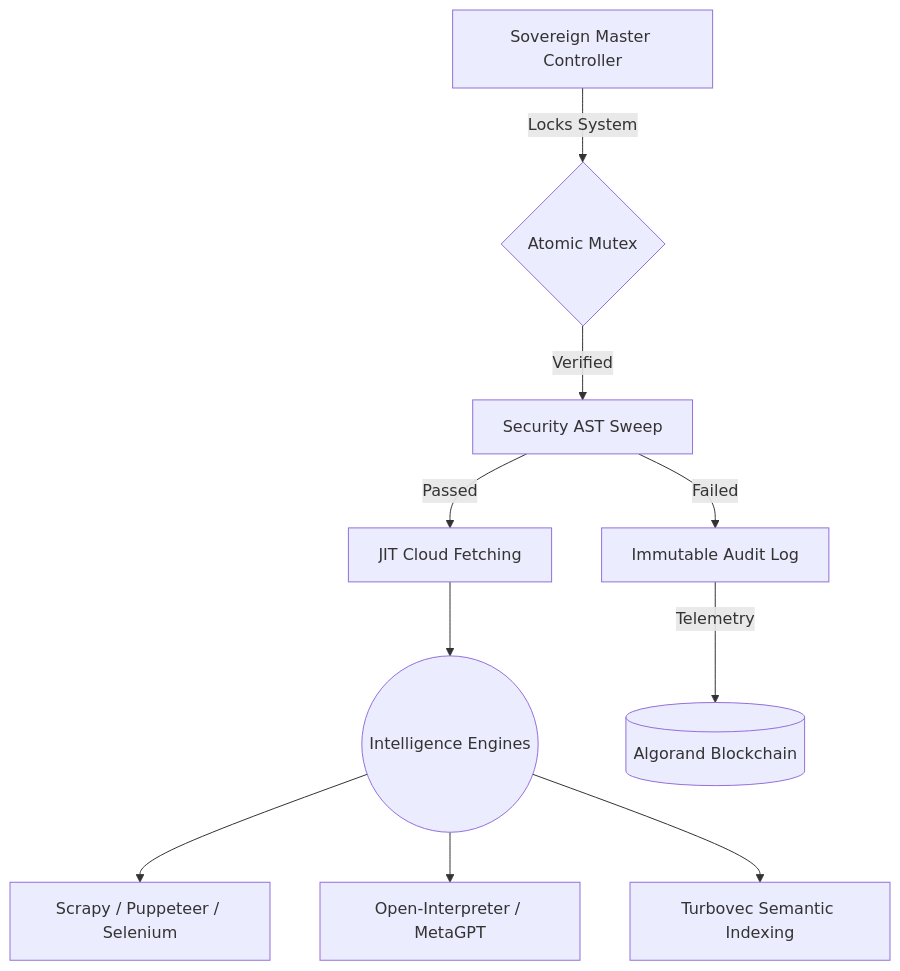
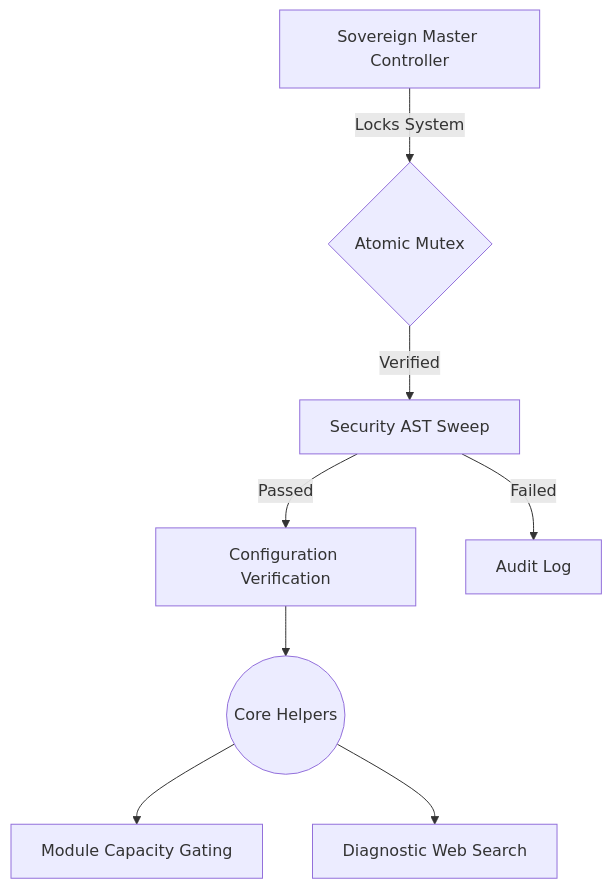
One commit to tejaswin-amara/Sovereign-OS changed the diagram in README.md. Above: the diagram before and after it, drawn with Mermaid. The commit also changed other lines of this file and 73 other files, not shown here.

Commit message:
chore(release): Sovereign OS v15.0.0-CloudNative (Audit Verified)

````diff
--- a/README.md
+++ b/README.md
@@ -42,14 +39,12 @@
 ```mermaid
 graph TD
     A[Sovereign Master Controller] -->|Locks System| B{Atomic Mutex}
     B -->|Verified| C[Security AST Sweep]
-    C -->|Passed| D[JIT Cloud Fetching]
+    C -->|Passed| D[Configuration Verification]
     
-    D --> E((Intelligence Engines))
-    E --> F[Scrapy / Puppeteer / Selenium]
-    E --> G[Open-Interpreter / MetaGPT]
-    E --> H[Turbovec Semantic Indexing]
-
-    C -->|Failed| X[Immutable Audit Log]
-    X -->|Telemetry| Z[(Algorand Blockchain)]
+    D --> E((Core Helpers))
+    E --> F[Module Capacity Gating]
+    E --> G[Diagnostic Web Search]
+    
+    C -->|Failed| X[Audit Log]
 ```
````
